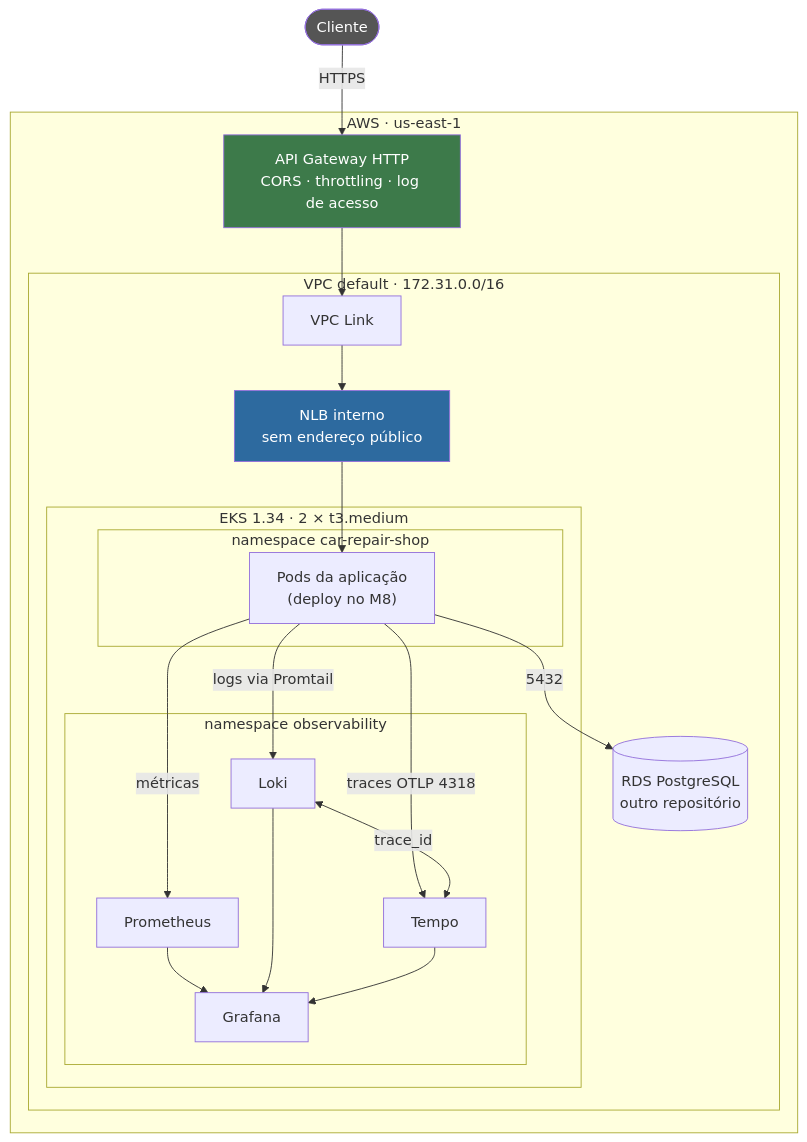
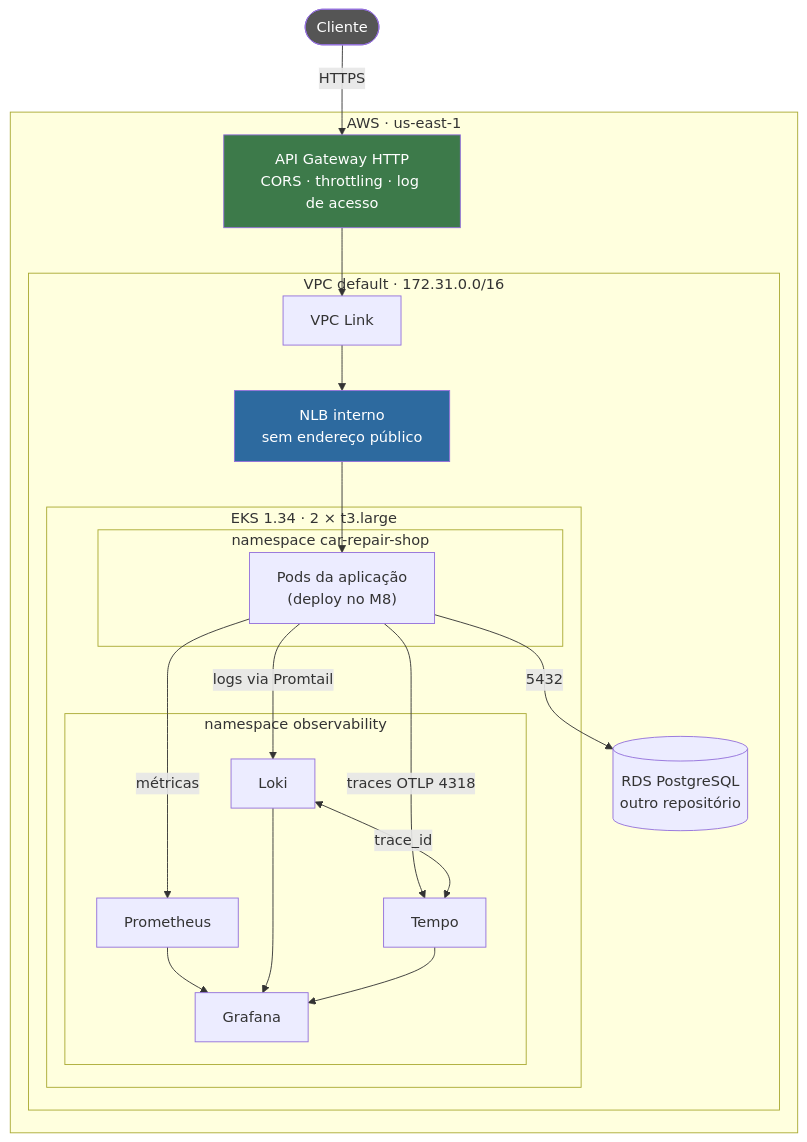
One commit to diandria/fiap-tech-challenge-infra-k8s changed the diagram in README.md. Above: the diagram before and after it, drawn with Mermaid. The commit also changed other lines of this file and 1 other file, not shown here.

Commit message:
fix: use t3.large nodes to fit pod capacity

````diff
--- a/README.md
+++ b/README.md
@@ -35,42 +35,42 @@
 ```mermaid
 flowchart TB
     CLIENTE(["Cliente"])
 
     subgraph AWS["AWS · us-east-1"]
         AGW["API Gateway HTTP<br/>CORS · throttling · log de acesso"]
 
         subgraph VPC["VPC default · 172.31.0.0/16"]
             VL["VPC Link"]
             NLB["NLB interno<br/>sem endereço público"]
 
-            subgraph EKS["EKS 1.34 · 2 × t3.medium"]
+            subgraph EKS["EKS 1.34 · 2 × t3.large"]
                 subgraph NSAPP["namespace car-repair-shop"]
                     PODS["Pods da aplicação<br/>(deploy no M8)"]
                 end
                 subgraph NSOBS["namespace observability"]
                     PROM["Prometheus"]
                     GRAF["Grafana"]
                     LOKI["Loki"]
                     TEMPO["Tempo"]
                 end
             end
 
             RDS[("RDS PostgreSQL<br/>outro repositório")]
         end
     end
 
     CLIENTE -->|HTTPS| AGW
     AGW --> VL --> NLB --> PODS
     PODS -->|5432| RDS
     PODS -->|"métricas"| PROM
     PODS -->|"logs via Promtail"| LOKI
     PODS -->|"traces OTLP 4318"| TEMPO
     PROM --> GRAF
     LOKI <-->|"trace_id"| TEMPO
     LOKI --> GRAF
     TEMPO --> GRAF
 
     style NLB fill:#2d6a9f,color:#fff
     style AGW fill:#3d7a4a,color:#fff
     style CLIENTE fill:#555,color:#fff
 ```
````
